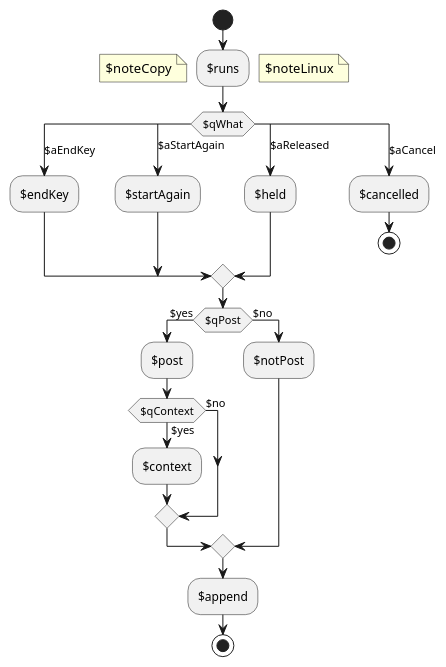
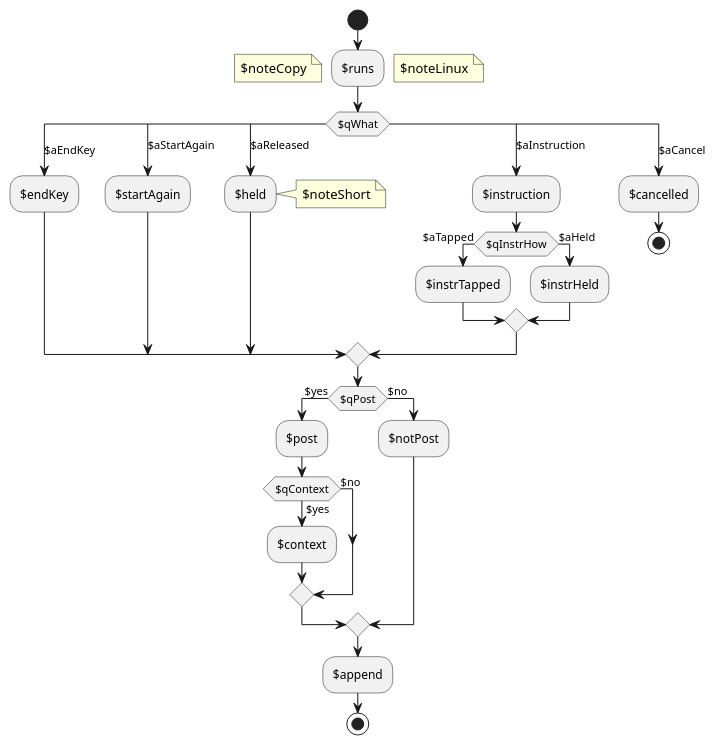
One commit to yaccob/DanyWhere changed the diagram in docs/manual/diagrams/how-a-recording-ends.iuml. Above: the diagram before and after it, drawn with PlantUML. The commit also changed 76 other files, not shown here.

```diff
--- a/docs/manual/diagrams/how-a-recording-ends.iuml
+++ b/docs/manual/diagrams/how-a-recording-ends.iuml
@@ -1,49 +1,62 @@
 ' How a recording ends: the structure. The texts come from
 ' how-a-recording-ends.<lang>.puml, which includes this file after
 ' style.iuml. Facts checked against the code; see the comments for where.
 
 start
 ' "Copy Last Transcript" during a recording: coordinator.finish_recording
 ' ends it as its start shortcut would (EndChoice::Start), and the text
 ' goes on the clipboard (dictation_key_inserts.rs, copy_last_transcript).
-' Linux: no end shortcut's own combination and no cancel shortcut while
-' recording (shortcut/profile_sync.rs, END_KEYS_WHILE_RECORDING;
+' Linux: no combination taken only while recording, so no end shortcut's
+' own one, no instruction shortcuts and no cancel shortcut
+' (shortcut/profile_sync.rs; instruction_keys::taken;
 ' shortcut/mod.rs, reconcile_cancel_shortcut).
 :$runs;
 note left: $noteCopy
 note right: $noteLinux
-' transcription_coordinator.rs, CoordinatorState::on_input and
-' on_end_key; end_keys.rs, resolve.
+' transcription_coordinator.rs, CoordinatorState::on_input: the roles of
+' a press resolved from the lists of the profile that applies now.
 switch ($qWhat)
 case ($aEndKey)
-  ' Registered only while recording; ends it held or locked (on_end_key).
+  ' Registered only while recording (end_keys.rs, resolve).
   :$endKey;
 case ($aStartAgain)
-  ' A start shortcut's press during a recording, its own or the other,
-  ' is a press of the end with its combination, else nothing
-  ' (EndChoice::Key via keys_end).
+  ' A start or hold shortcut's press during a recording is a press of the
+  ' end with its combination, else nothing (EndChoice::Key via keys_end).
   :$startAgain;
 case ($aReleased)
-  ' Push-to-talk: every release; hold-or-toggle: a hold of at least
-  ' hold_threshold_ms (300 ms); toggle: never (finish_hold).
+  ' The release after the threshold ends with the hold shortcut's values
+  ' (EndChoice::Held); a short press of a hold-only shortcut discards the
+  ' recording (Effect::Discard).
   :$held;
+  note right: $noteShort
+case ($aInstruction)
+  ' The stage "Recording: instruction" (dictation_flow::instruction):
+  ' tapped, an end shortcut sends; held, the release sends with the
+  ' instruction shortcut's values (instruction_keys::instruction_end).
+  :$instruction;
+  if ($qInstrHow) then ($aTapped)
+    :$instrTapped;
+  else ($aHeld)
+    :$instrHeld;
+  endif
 case ($aCancel)
   :$cancelled; <<stop>>
   stop
 endswitch
-' post_process = end.post_process && the profile's post_process_enabled
-' (app_profiles::effective_post_process); with_context = post_process &&
-' end.send_context (dictation_snapshot.rs, build).
+' Post-processed when an instruction shortcut was pressed or the profile's
+' mode is "always" (settings::PostProcessMode::post_processes; with
+' "never" no instruction shortcut is taken); context only then and when
+' the end's "Send Context" is on (dictation_snapshot.rs, build).
 if ($qPost) then ($yes)
   :$post;
   if ($qContext) then ($yes)
     :$context;
   else ($no)
   endif
 else ($no)
   :$notPost; <<quiet>>
 endif
 ' The text of "Append" goes with every delivery; its key press only
 ' after a paste (append_text.rs; clipboard.rs).
 :$append;
 stop
```
